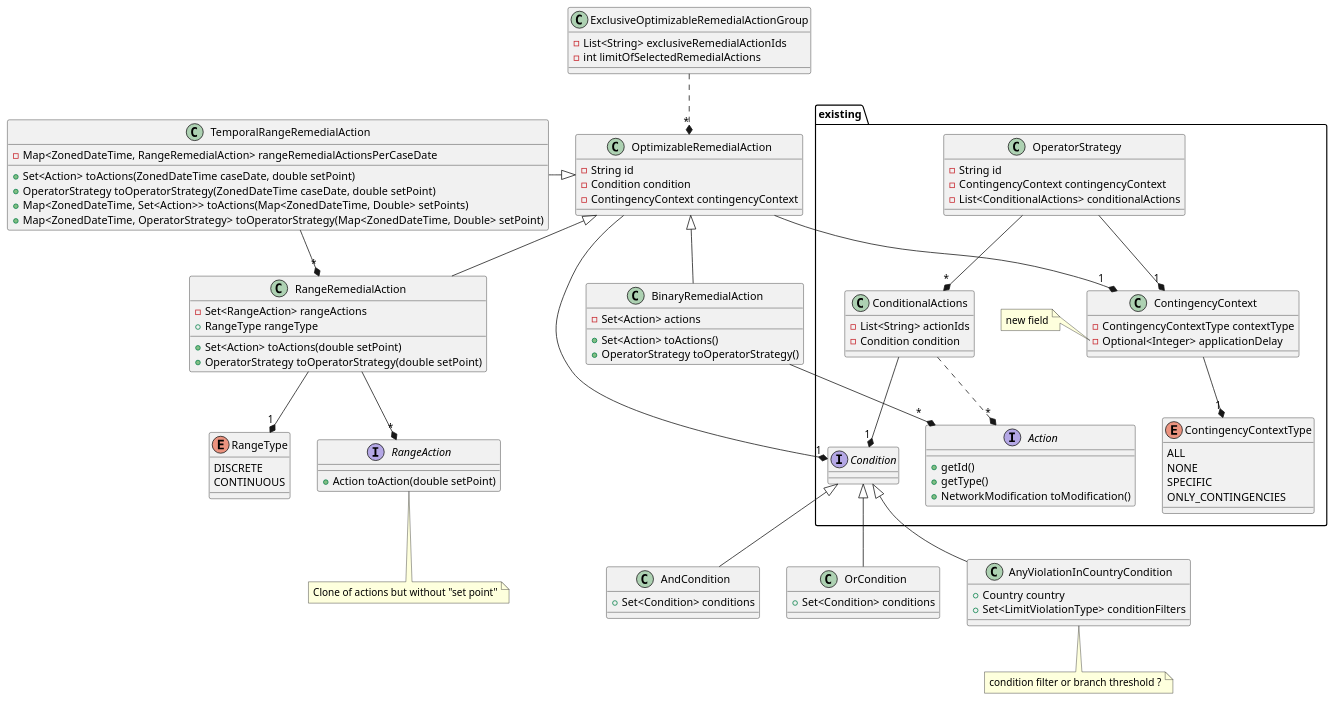
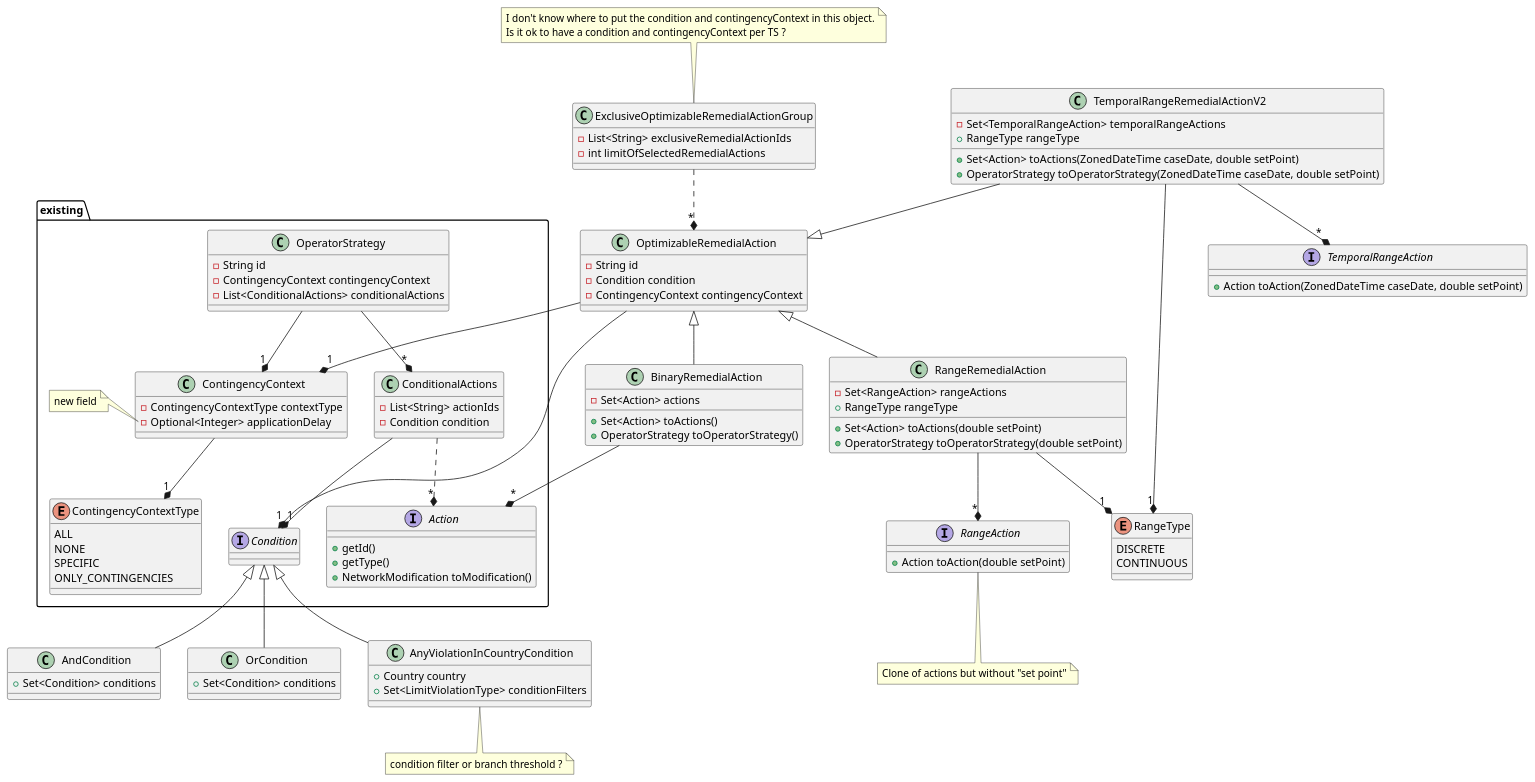
Before and after one commit to powsybl/powsybl-core: the diagram in docs/simulation/security/operatorStrategy_simple_future.puml, drawn with PlantUML.

Commit message:
Another proposition

```diff
--- a/docs/simulation/security/operatorStrategy_simple_future.puml
+++ b/docs/simulation/security/operatorStrategy_simple_future.puml
@@ -1,119 +1,132 @@
 @startuml
 
 namespace existing {
 
 class OperatorStrategy {
   - String id
   - ContingencyContext contingencyContext
   - List<ConditionalActions> conditionalActions
 }
 OperatorStrategy --* "1" ContingencyContext
 OperatorStrategy --* "*" ConditionalActions
 
 interface Condition
 
 class ConditionalActions {
   - List<String> actionIds
   - Condition condition
 }
 ConditionalActions ..* "*" Action
 ConditionalActions --* "1" Condition
 
 class ContingencyContext {
   - ContingencyContextType contextType
   - Optional<Integer> applicationDelay
 }
 ContingencyContext --* "1" ContingencyContextType
 
 note left of ContingencyContext::applicationDelay
   new field
 end note
 
 enum ContingencyContextType {
   ALL
   NONE
   SPECIFIC
   ONLY_CONTINGENCIES
 }
 
 interface Action {
   + getId()
   + getType()
   + NetworkModification toModification()
 }
 
 }
 
 Condition <|-- AndCondition
 Condition <|-- OrCondition
 Condition <|-- AnyViolationInCountryCondition
 
 class AndCondition {
   + Set<Condition> conditions
 }
 
 class OrCondition {
   + Set<Condition> conditions
 }
 
 class AnyViolationInCountryCondition {
  + Country country
  + Set<LimitViolationType> conditionFilters
 }
 note bottom: condition filter or branch threshold ?
 
 class OptimizableRemedialAction {
   - String id
   - Condition condition
   - ContingencyContext contingencyContext
 }
 OptimizableRemedialAction --* "1" Condition
 OptimizableRemedialAction --* "1" ContingencyContext
 OptimizableRemedialAction <|-- BinaryRemedialAction
 OptimizableRemedialAction <|-- RangeRemedialAction
 
 class BinaryRemedialAction {
   - Set<Action> actions
   + Set<Action> toActions()
   + OperatorStrategy toOperatorStrategy()
 }
 BinaryRemedialAction --* "*" Action
 
 class RangeRemedialAction {
   - Set<RangeAction> rangeActions
   + RangeType rangeType
   + Set<Action> toActions(double setPoint)
   + OperatorStrategy toOperatorStrategy(double setPoint)
 }
 RangeRemedialAction --* "*" RangeAction
 RangeRemedialAction --* "1" RangeType
 
 enum RangeType {
   DISCRETE
   CONTINUOUS
 }
 
 interface RangeAction {
   + Action toAction(double setPoint)
 }
 note bottom: Clone of actions but without "set point"
 
 class ExclusiveOptimizableRemedialActionGroup {
   - List<String> exclusiveRemedialActionIds
   - int limitOfSelectedRemedialActions
 }
 ExclusiveOptimizableRemedialActionGroup ..* "*" OptimizableRemedialAction
 
-class TemporalRangeRemedialAction {
-  - Map<ZonedDateTime, RangeRemedialAction> rangeRemedialActionsPerCaseDate
+'class TemporalRangeRemedialActionV1 {
+'  - Map<ZonedDateTime, RangeRemedialAction> rangeRemedialActionsPerCaseDate
+'  + Set<Action> toActions(ZonedDateTime caseDate, double setPoint)
+'  + OperatorStrategy toOperatorStrategy(ZonedDateTime caseDate, double setPoint)
+'  + Map<ZonedDateTime, Set<Action>> toActions(Map<ZonedDateTime, Double> setPoints)
+'  + Map<ZonedDateTime, OperatorStrategy> toOperatorStrategy(Map<ZonedDateTime, Double> setPoint)
+'}
+'TemporalRangeRemedialActionV1 --* "*" RangeRemedialAction
+
+note top: I don't know where to put the condition and contingencyContext in this object.\nIs it ok to have a condition and contingencyContext per TS ?
+
+class TemporalRangeRemedialActionV2 {
+  - Set<TemporalRangeAction> temporalRangeActions
+  + RangeType rangeType
   + Set<Action> toActions(ZonedDateTime caseDate, double setPoint)
   + OperatorStrategy toOperatorStrategy(ZonedDateTime caseDate, double setPoint)
-  + Map<ZonedDateTime, Set<Action>> toActions(Map<ZonedDateTime, Double> setPoints)
-  + Map<ZonedDateTime, OperatorStrategy> toOperatorStrategy(Map<ZonedDateTime, Double> setPoint)
 }
-TemporalRangeRemedialAction --* "*" RangeRemedialAction
-TemporalRangeRemedialAction -|> OptimizableRemedialAction
+TemporalRangeRemedialActionV2 --* "*" TemporalRangeAction
+TemporalRangeRemedialActionV2 --* "1" RangeType
+TemporalRangeRemedialActionV2 --|> OptimizableRemedialAction
 
-
+interface TemporalRangeAction {
+    + Action toAction(ZonedDateTime caseDate, double setPoint)
+}
 
 @enduml
```
